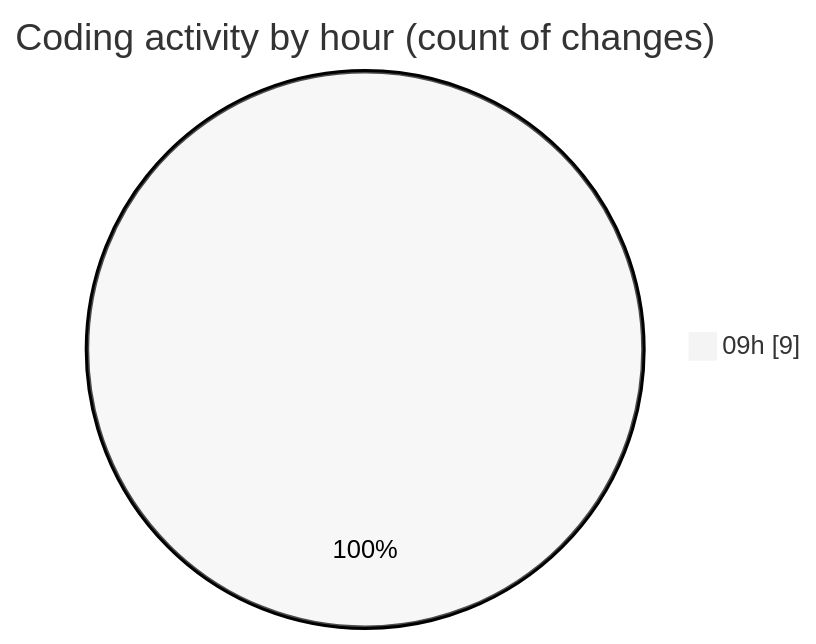
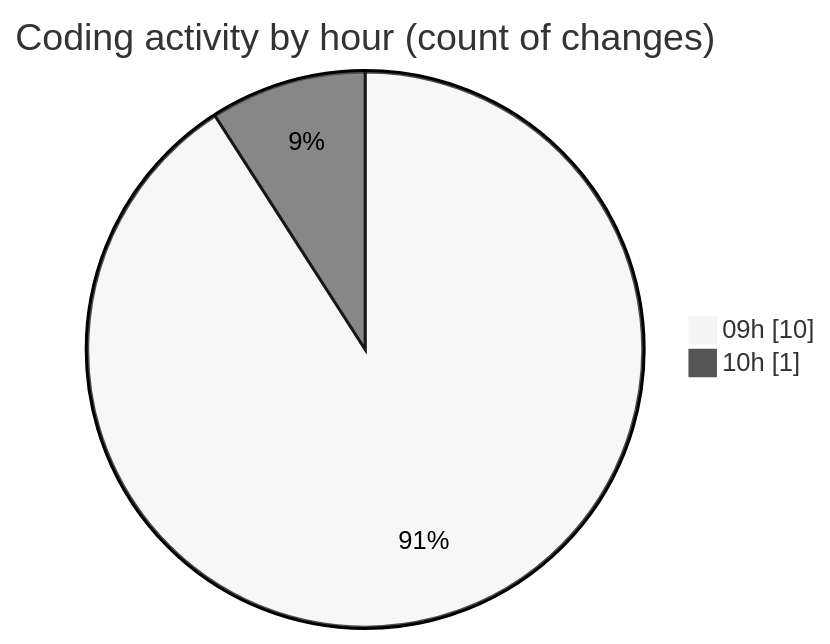
The second of 2 diagrams in 2025-05-09/ecodeli/README.md (CELIANVF/code-tracking), drawn with Mermaid (neutral theme) before and after one commit. The commit also changed other lines of this file and 1 other file, not shown here.

````diff
--- a/2025-05-09/ecodeli/README.md
+++ b/2025-05-09/ecodeli/README.md
@@ -35,5 +35,6 @@
 ```mermaid
 pie showData
 title Coding activity by hour (count of changes)
-"09h" : 9
+"09h" : 10
+"10h" : 1
 ```
````
